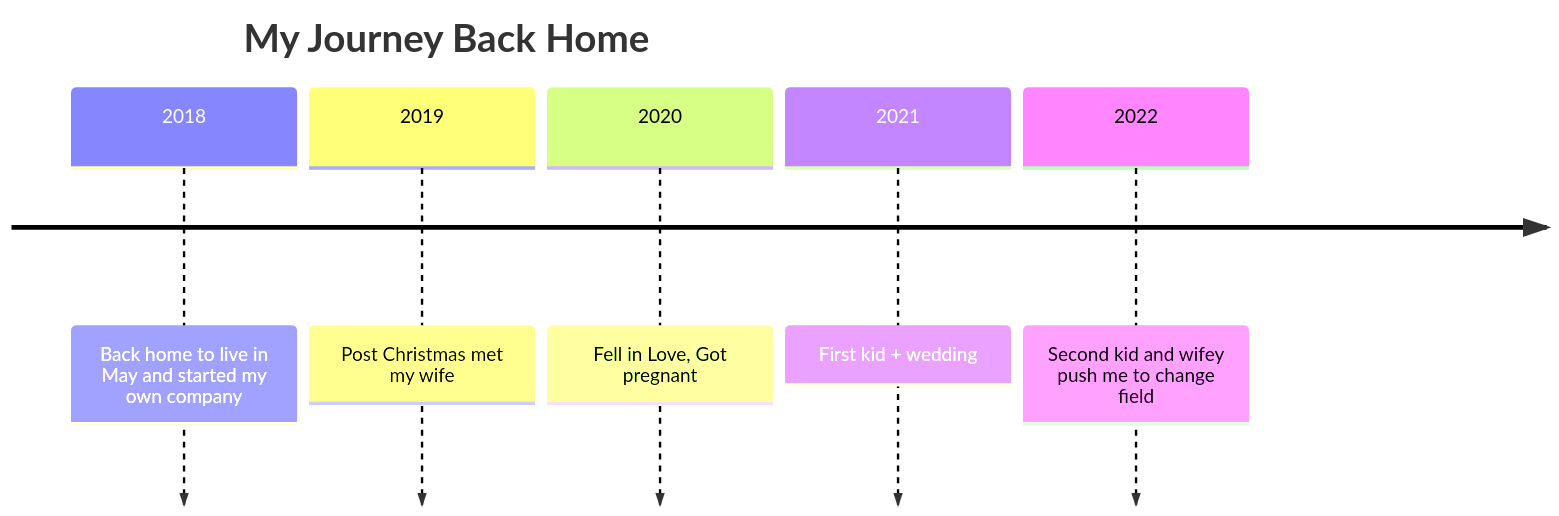
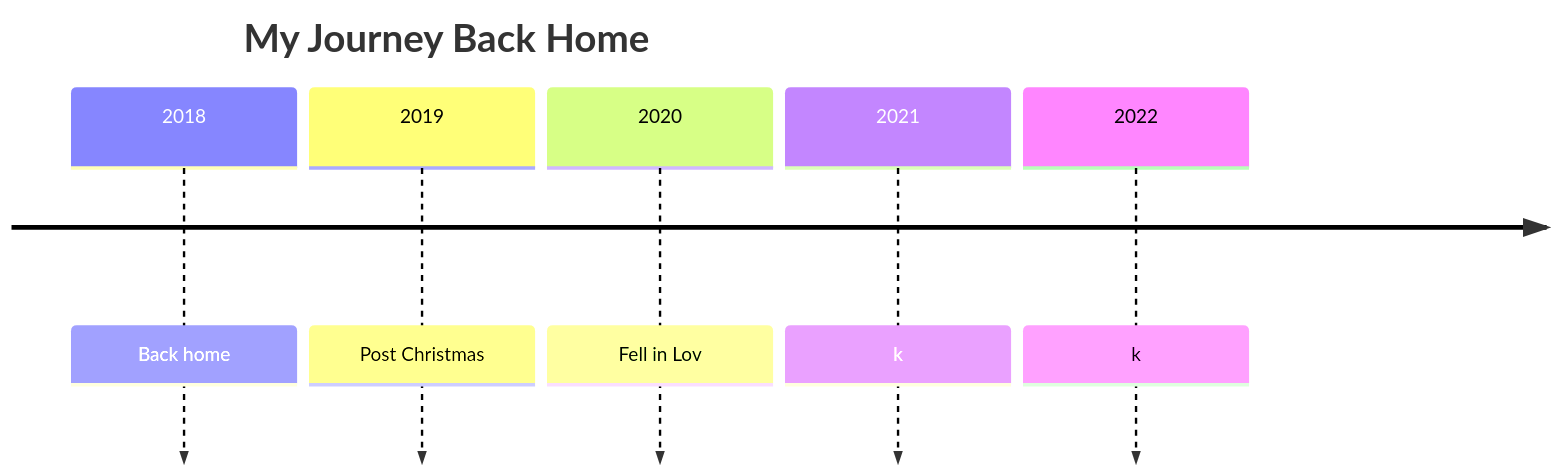
One commit to Walliiee/Walliiee changed the second of 3 diagrams in README.md. Above: the diagram before and after it, drawn with Mermaid. The commit also changed other lines of this file, not shown here.

````diff
--- a/README.md
+++ b/README.md
@@ -76,9 +72,9 @@
 ```mermaid
 timeline
   title My Journey Back Home
-  2018 : Back home to live in May and started my own company
-  2019 : Post Christmas met my wife
-  2020 : Fell in Love, Got pregnant
-  2021 : First kid + wedding
-  2022 : Second kid and wifey push me to change field
+  2018 : Back home
+  2019 : Post Christmas
+  2020 : Fell in Lov
+  2021 : k
+  2022 : k
 ```
````
